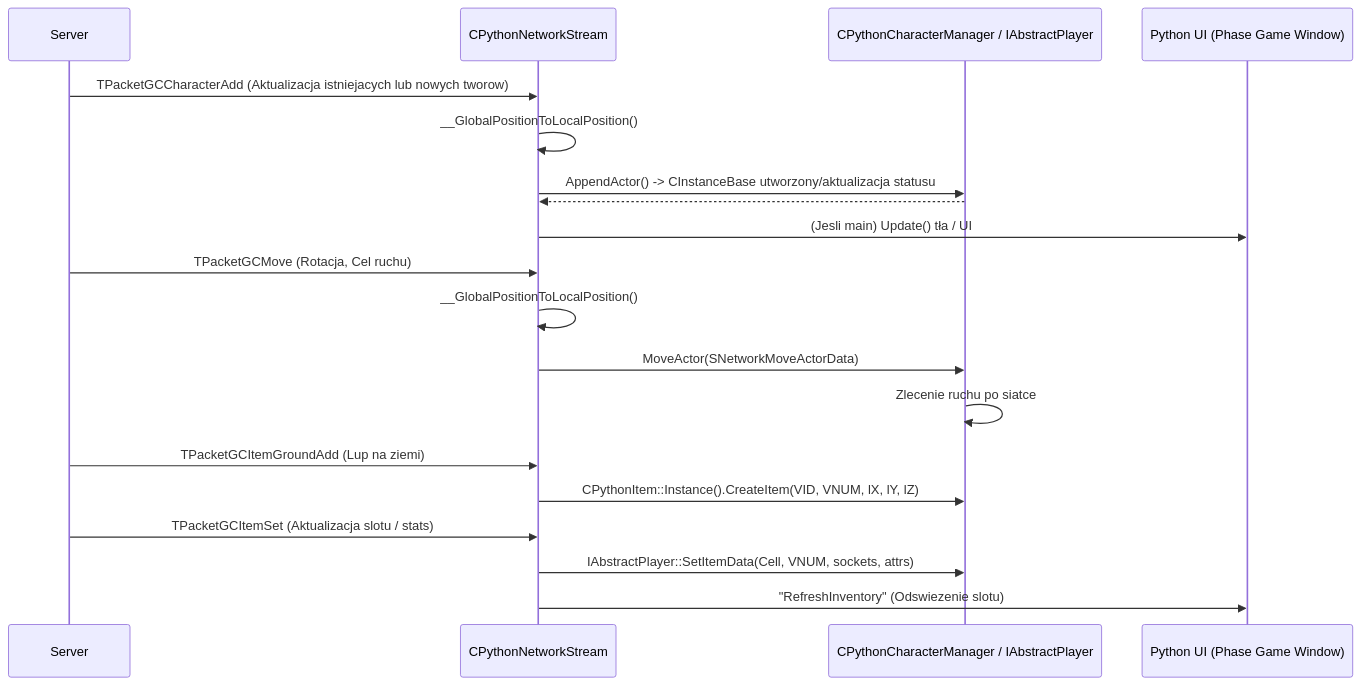
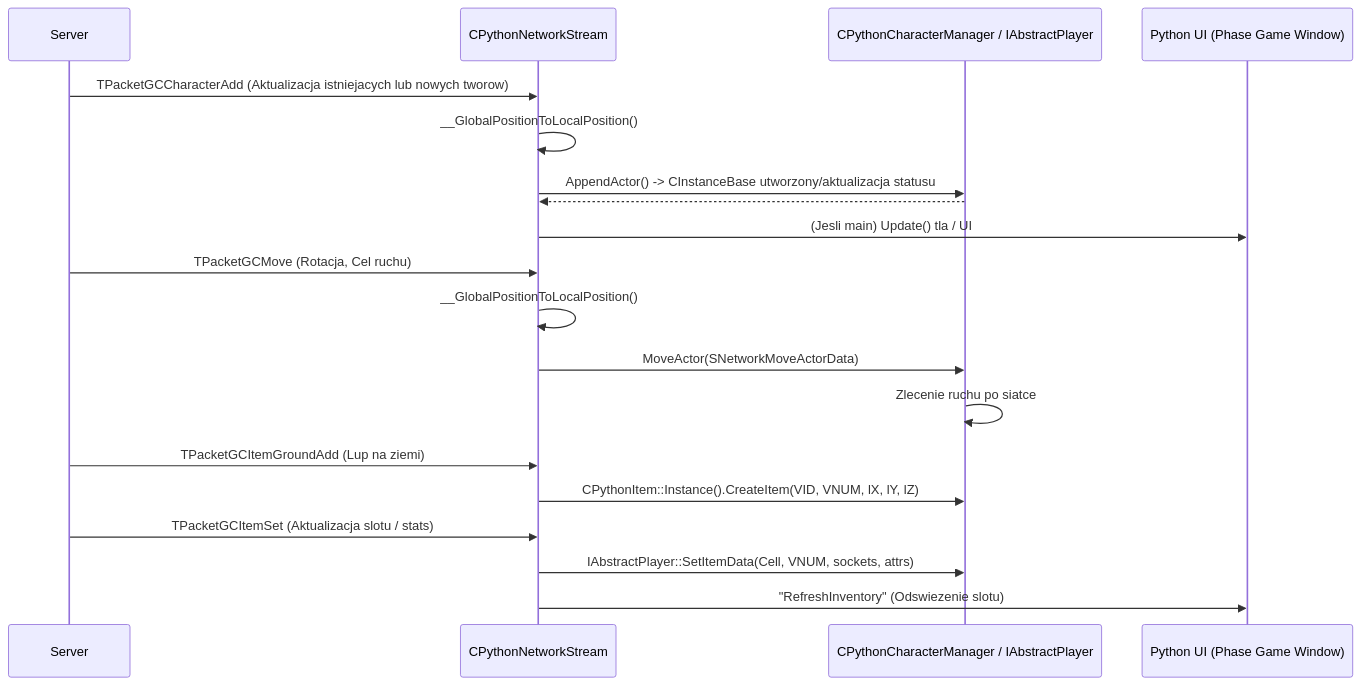
One commit to vanechkavanya15-max/x64ClientMine changed the diagram in docs/03_network_protocol/03_phase_game_actors_items.md. Above: the diagram before and after it, drawn with Mermaid. The commit also changed other lines of this file, not shown here.

````diff
--- a/docs/03_network_protocol/03_phase_game_actors_items.md
+++ b/docs/03_network_protocol/03_phase_game_actors_items.md
@@ -19,28 +19,28 @@
 ```mermaid
 sequenceDiagram
     participant S as Server
     participant NS as CPythonNetworkStream
     participant CM as CPythonCharacterManager / IAbstractPlayer
     participant UI as Python UI (Phase Game Window)
 
     %% Aktorzy
     S->>NS: TPacketGCCharacterAdd (Aktualizacja istniejacych lub nowych tworow)
     NS->>NS: __GlobalPositionToLocalPosition()
     NS->>CM: AppendActor() -> CInstanceBase utworzony/aktualizacja statusu
     CM-->>NS: 
-    NS->>UI: (Jesli main) Update() tła / UI 
+    NS->>UI: (Jesli main) Update() tla / UI 
 
     %% Ruch
     S->>NS: TPacketGCMove (Rotacja, Cel ruchu)
     NS->>NS: __GlobalPositionToLocalPosition()
     NS->>CM: MoveActor(SNetworkMoveActorData)
     CM->>CM: Zlecenie ruchu po siatce
 
     %% Przedmioty - upadek i ekwipunek
     S->>NS: TPacketGCItemGroundAdd (Lup na ziemi)
     NS->>CM: CPythonItem::Instance().CreateItem(VID, VNUM, lX, lY, lZ)
     
     S->>NS: TPacketGCItemSet (Aktualizacja slotu / stats)
     NS->>CM: IAbstractPlayer::SetItemData(Cell, VNUM, sockets, attrs)
     NS->>UI: "RefreshInventory" (Odswiezenie slotu)
 ```
````
